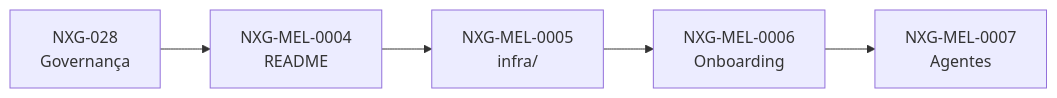
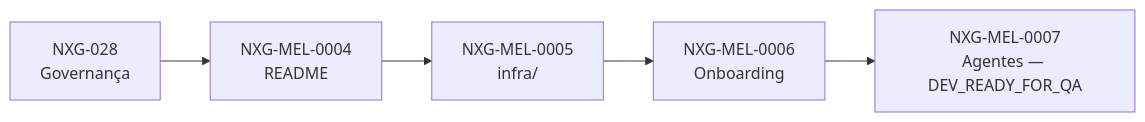
The diagram in 04 Projetos/Nxgest/Epicos/NXG-EPIC-0001 Organizacao do NX Gest/00 README.md (RafaCartaxo/operating-vault), drawn with Mermaid before and after one commit. The commit also changed other lines of this file and 8 other files, not shown here.

````diff
--- a/04 Projetos/Nxgest/Epicos/NXG-EPIC-0001 Organizacao do NX Gest/00 README.md
+++ b/04 Projetos/Nxgest/Epicos/NXG-EPIC-0001 Organizacao do NX Gest/00 README.md
@@ -57,7 +57,7 @@
 ```mermaid
 flowchart LR
     A[NXG-028\nGovernança] --> B[NXG-MEL-0004\nREADME]
     B --> C[NXG-MEL-0005\ninfra/]
     C --> D[NXG-MEL-0006\nOnboarding]
-    D --> E[NXG-MEL-0007\nAgentes]
+    D --> E[NXG-MEL-0007\nAgentes — DEV_READY_FOR_QA]
 ```
````
